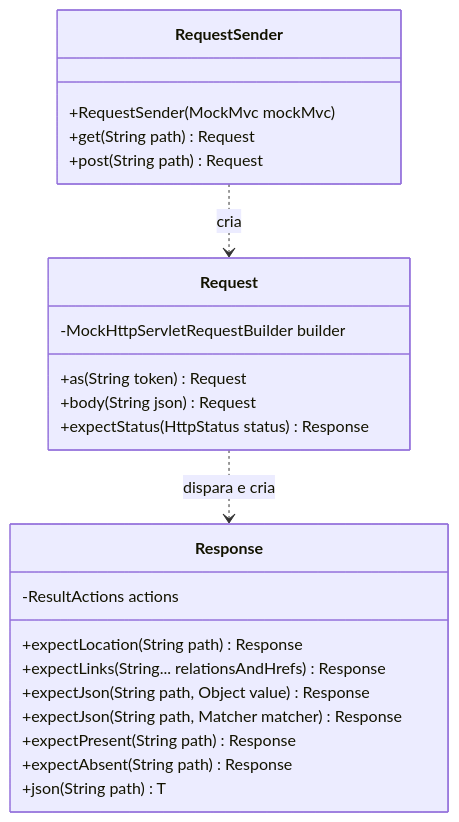
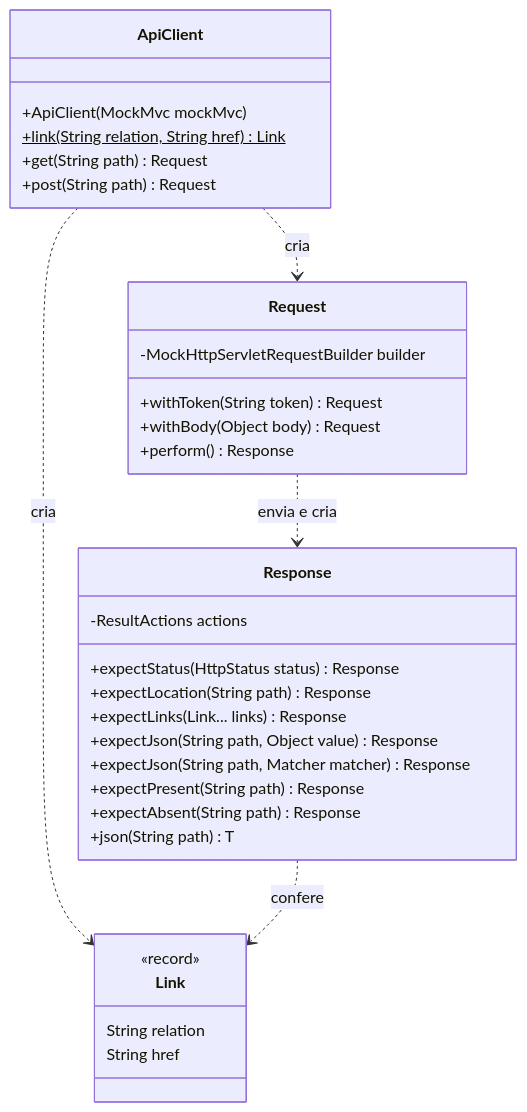
One commit to WilliamRAlvesJr/kanban changed the first of 3 diagrams in openspec/changes/refactor-api-test-request-sender/design.md. Above: the diagram before and after it, drawn with Mermaid. The commit also changed other lines of this file and 10 other files, not shown here.

First line of the commit message:
Implementa o ApiClient e migra o AccountApiTest

````diff
--- a/openspec/changes/refactor-api-test-request-sender/design.md
+++ b/openspec/changes/refactor-api-test-request-sender/design.md
@@ -27,26 +30,35 @@
 ```mermaid
 classDiagram
-    class RequestSender {
-        +RequestSender(MockMvc mockMvc)
+    class ApiClient {
+        +ApiClient(MockMvc mockMvc)
+        +link(String relation, String href)$ Link
         +get(String path) Request
         +post(String path) Request
     }
+    class Link {
+        <<record>>
+        String relation
+        String href
+    }
     class Request {
         -MockHttpServletRequestBuilder builder
-        +as(String token) Request
-        +body(String json) Request
-        +expectStatus(HttpStatus status) Response
+        +withToken(String token) Request
+        +withBody(Object body) Request
+        +perform() Response
     }
     class Response {
         -ResultActions actions
+        +expectStatus(HttpStatus status) Response
         +expectLocation(String path) Response
-        +expectLinks(String... relationsAndHrefs) Response
+        +expectLinks(Link... links) Response
         +expectJson(String path, Object value) Response
         +expectJson(String path, Matcher matcher) Response
         +expectPresent(String path) Response
         +expectAbsent(String path) Response
         +json(String path) T
     }
-    RequestSender ..> Request : cria
-    Request ..> Response : dispara e cria
+    ApiClient ..> Request : cria
+    ApiClient ..> Link : cria
+    Request ..> Response : envia e cria
+    Response ..> Link : confere
 ```
````
